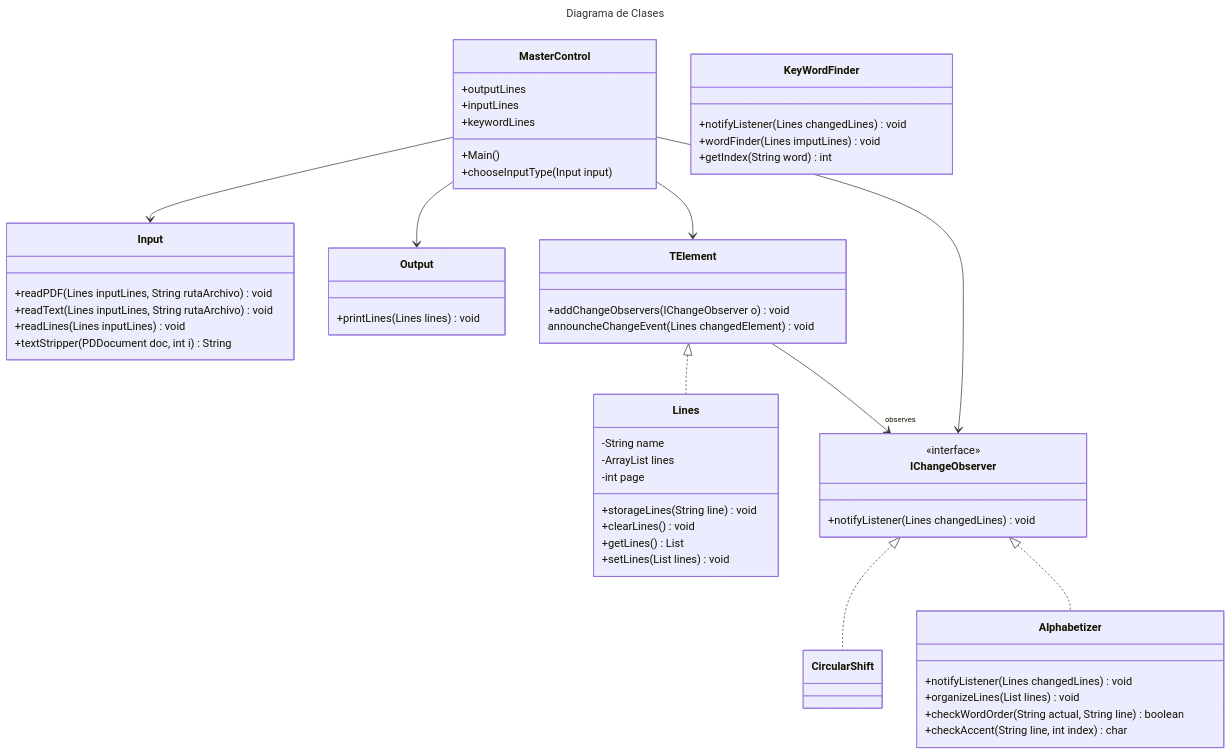
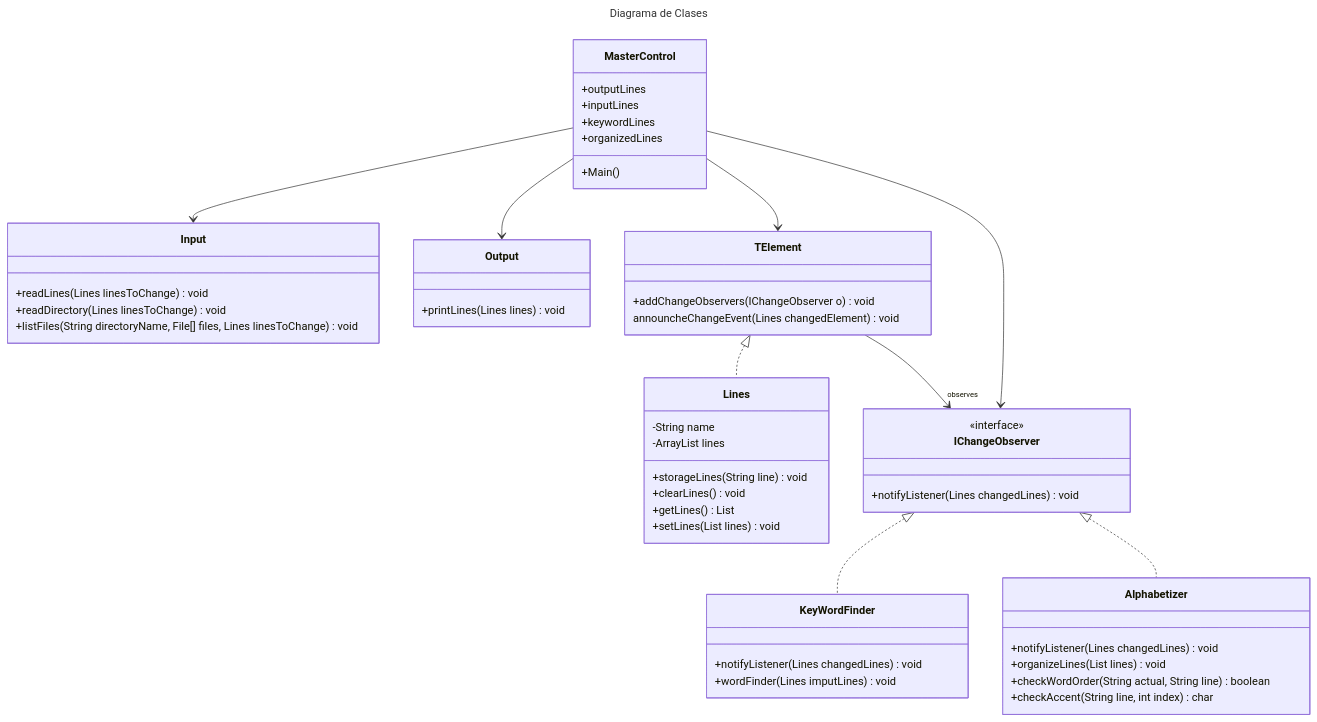
Before and after one commit to JoseMGN21/DirectoryExplorer: the diagram in README.md, drawn with Mermaid. The commit also changed 2 other files, not shown here.

Commit message:
changed readme, deleted page number

````diff
--- a/README.md
+++ b/README.md
@@ -2,67 +2,64 @@
 ```mermaid
 ---
 title: Diagrama de Clases
 ---
 classDiagram
     MasterControl --> Input
     MasterControl --> Output
     MasterControl --> TElement
     TElement <|.. Lines
     TElement -->"observes" IChangeObserver
-    IChangeObserver <|.. CircularShift
+    IChangeObserver <|.. KeyWordFinder
     IChangeObserver <|.. Alphabetizer
     MasterControl --> IChangeObserver
     
 
     class MasterControl{
       +outputLines
       +inputLines
       +keywordLines
+      +organizedLines
       +Main()
-      +chooseInputType(Input input)
     }
 
     class TElement{
       +addChangeObservers(IChangeObserver o)void
       announcheChangeEvent(Lines changedElement)void
     }
 
     class IChangeObserver{
         <<interface>>
       +notifyListener(Lines changedLines) void
     }
 
     class KeyWordFinder{
         +notifyListener(Lines changedLines) void
         +wordFinder(Lines imputLines)void
-        +getIndex(String word)int
     }   
 
     class Alphabetizer{
         +notifyListener(Lines changedLines) void
         +organizeLines(List<String> lines) void
         +checkWordOrder(String actual, String line)boolean
         +checkAccent(String line, int index)char
     }
 
     class Lines{
         -String name
         -ArrayList<String> lines
-        -int page
         +storageLines(String line) void
         +clearLines()void
         +getLines()List<String>
         +setLines(List<String> lines)void
     }
 
     class Input{
-        +readPDF (Lines inputLines, String rutaArchivo) void
-        +readText (Lines inputLines, String rutaArchivo) void
-        +readLines (Lines inputLines) void
-        +textStripper (PDDocument doc, int i) String
+        +readLines (Lines linesToChange) void
+        +readDirectory(Lines linesToChange) void
+        +listFiles(String directoryName, File[] files, Lines linesToChange)void
     }
 
     class Output{
         +printLines(Lines lines) void
     }
 ```
````
